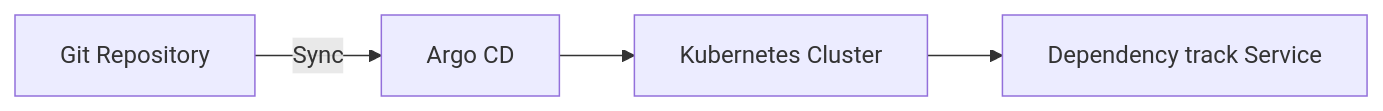
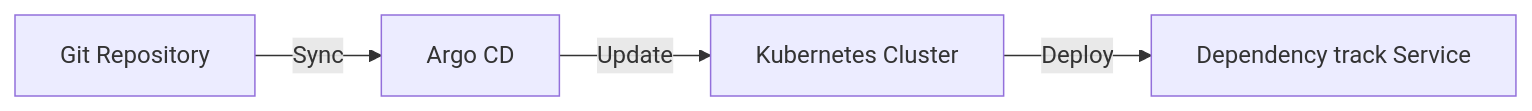
The diagram in README.md (JoesphK/SampleArgoCDproject), drawn with Mermaid before and after one commit.

````diff
--- a/README.md
+++ b/README.md
@@ -57,6 +57,6 @@
 ```mermaid
 flowchart LR
     A[Git Repository] -->|Sync| B[Argo CD]
-    B --> C[Kubernetes Cluster]
-    C --> D[Dependency track Service]
+    B --> |Update| C[Kubernetes Cluster]
+    C --> |Deploy| D[Dependency track Service]
 ```
````
